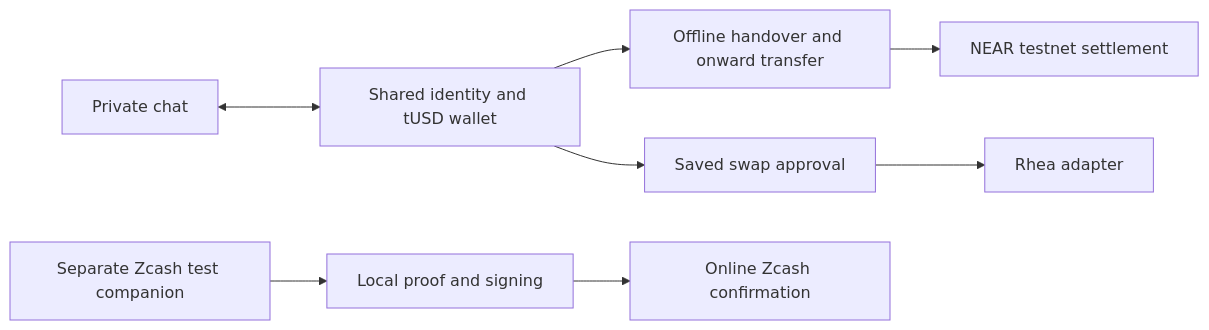
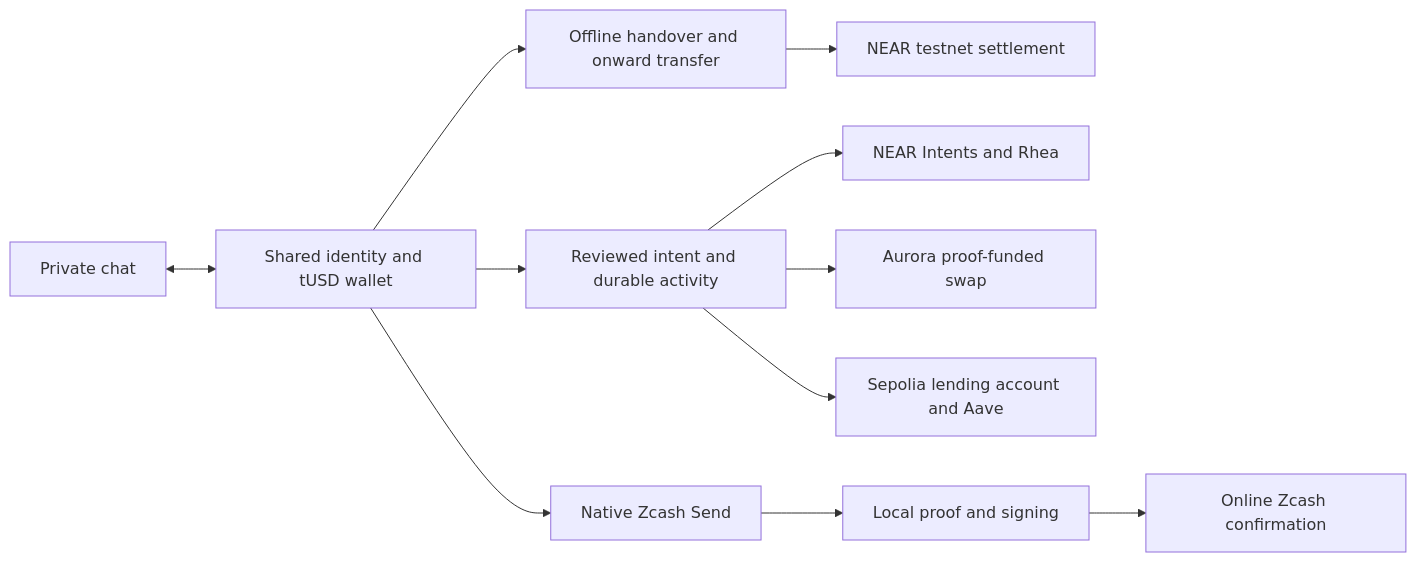
The diagram in README.md (captainbishop/lenz), drawn with Mermaid before and after one commit. The commit also changed other lines of this file and 586 other files, not shown here.

````diff
--- a/README.md
+++ b/README.md
@@ -57,10 +62,13 @@
 ```mermaid
 flowchart LR
   C[Private chat] <--> W[Shared identity and tUSD wallet]
   W --> H[Offline handover and onward transfer]
   H --> N[NEAR testnet settlement]
-  W --> Q[Saved swap approval]
-  Q --> R[Rhea adapter]
-  Z[Separate Zcash test companion] --> P[Local proof and signing]
+  W --> Q[Reviewed intent and durable activity]
+  Q --> R[NEAR Intents and Rhea]
+  Q --> A[Aurora proof-funded swap]
+  Q --> L[Sepolia lending account and Aave]
+  W --> Z[Native Zcash Send]
+  Z --> P[Local proof and signing]
   P --> S[Online Zcash confirmation]
 ```
````
